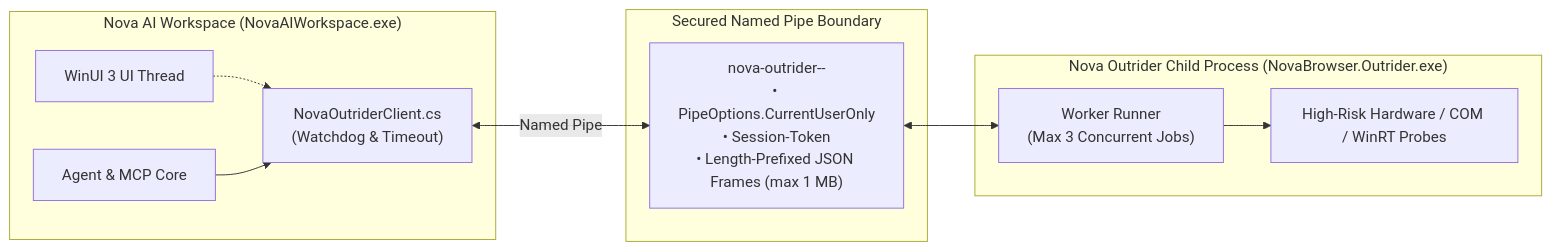
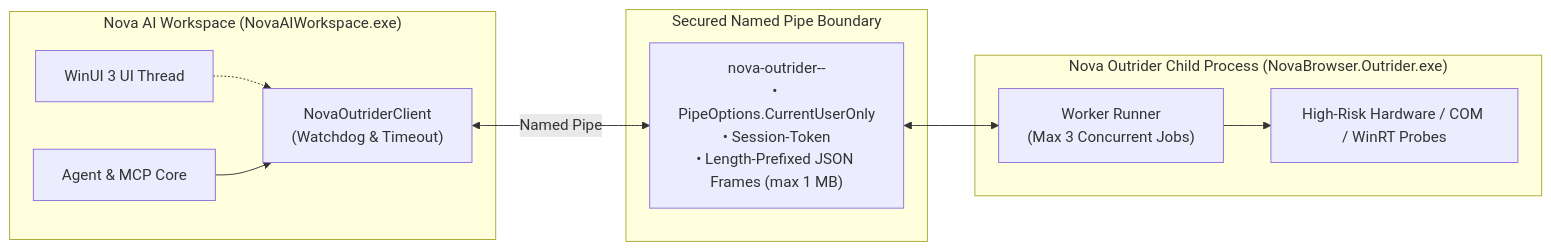
The diagram in docs/core-features/outrider-boundary.md (joelaniol/nova), drawn with Mermaid before and after one commit. The commit also changed other lines of this file and 35 other files, not shown here.

````diff
--- a/docs/core-features/outrider-boundary.md
+++ b/docs/core-features/outrider-boundary.md
@@ -21,28 +21,28 @@
 ```mermaid
 flowchart LR
     subgraph BrowserProcess["Nova AI Workspace (NovaAIWorkspace.exe)"]
         UI["WinUI 3 UI Thread"]
         AgentCore["Agent & MCP Core"]
-        Client["NovaOutriderClient.cs
+        Client["NovaOutriderClient
 (Watchdog & Timeout)"]
         UI -.-> Client
         AgentCore --> Client
     end
 
     subgraph IPC["Secured Named Pipe Boundary"]
         Pipe["nova-outrider-<pid>-<guid>
 • PipeOptions.CurrentUserOnly
 • Session-Token
 • Length-Prefixed JSON Frames (max 1 MB)"]
     end
 
     subgraph OutriderProcess["Nova Outrider Child Process (NovaBrowser.Outrider.exe)"]
         Worker["Worker Runner
 (Max 3 Concurrent Jobs)"]
         DriverCall["High-Risk Hardware / COM / WinRT Probes"]
         Worker --> DriverCall
     end
 
     Client <-->|Named Pipe| Pipe
     Pipe <--> Worker
 ```
````
